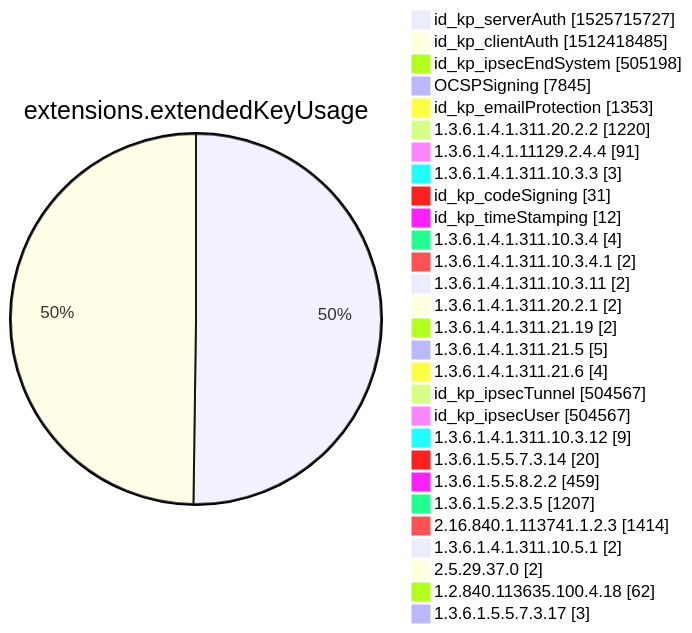
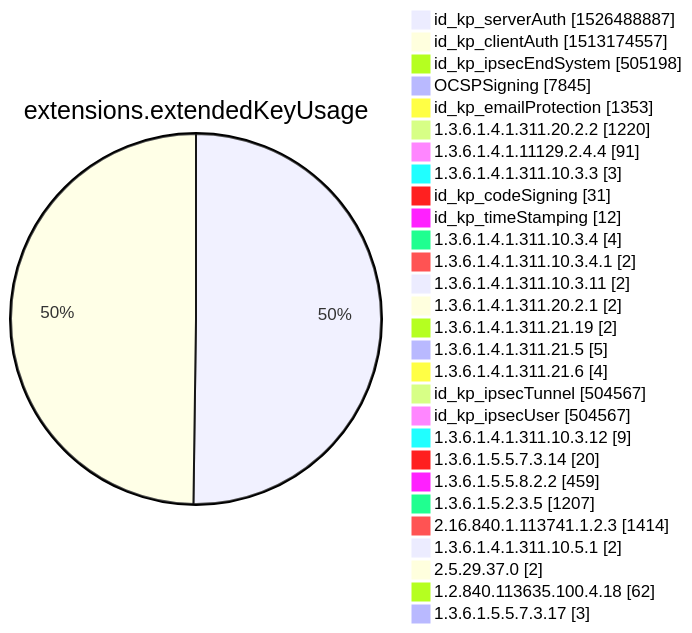
Diagram 12 of 15 in xenon2022/README.md (christiankrug/ctmonitor_visualization), drawn with Mermaid before and after one commit. The commit also changed other lines of this file, not shown here.

````diff
--- a/xenon2022/README.md
+++ b/xenon2022/README.md
@@ -3878,32 +3878,32 @@
 ```mermaid
 pie showData
 title extensions.extendedKeyUsage
-"id_kp_serverAuth" :1525715727
-"id_kp_clientAuth" :1512418485
+"id_kp_serverAuth" :1526488887
+"id_kp_clientAuth" :1513174557
 "id_kp_ipsecEndSystem" :505198
 "OCSPSigning" :7845
 "id_kp_emailProtection" :1353
 "1.3.6.1.4.1.311.20.2.2" :1220
 "1.3.6.1.4.1.11129.2.4.4" :91
 "1.3.6.1.4.1.311.10.3.3" :3
 "id_kp_codeSigning" :31
 "id_kp_timeStamping" :12
 "1.3.6.1.4.1.311.10.3.4" :4
 "1.3.6.1.4.1.311.10.3.4.1" :2
 "1.3.6.1.4.1.311.10.3.11" :2
 "1.3.6.1.4.1.311.20.2.1" :2
 "1.3.6.1.4.1.311.21.19" :2
 "1.3.6.1.4.1.311.21.5" :5
 "1.3.6.1.4.1.311.21.6" :4
 "id_kp_ipsecTunnel" :504567
 "id_kp_ipsecUser" :504567
 "1.3.6.1.4.1.311.10.3.12" :9
 "1.3.6.1.5.5.7.3.14" :20
 "1.3.6.1.5.5.8.2.2" :459
 "1.3.6.1.5.2.3.5" :1207
 "2.16.840.1.113741.1.2.3" :1414
 "1.3.6.1.4.1.311.10.5.1" :2
 "2.5.29.37.0" :2
 "1.2.840.113635.100.4.18" :62
 "1.3.6.1.5.5.7.3.17" :3
 ```
````
